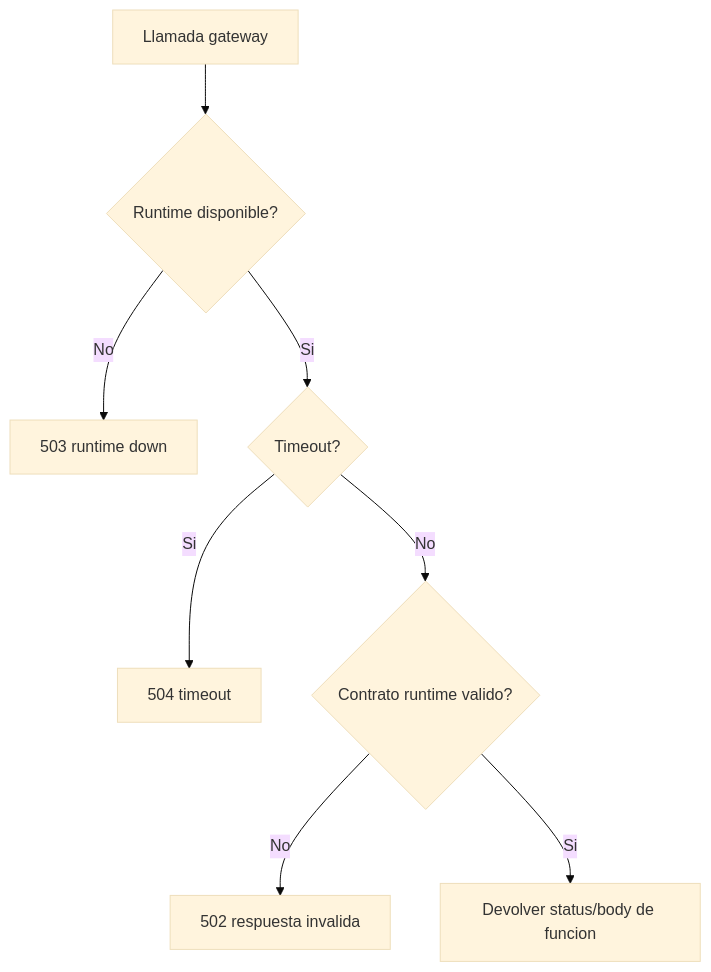
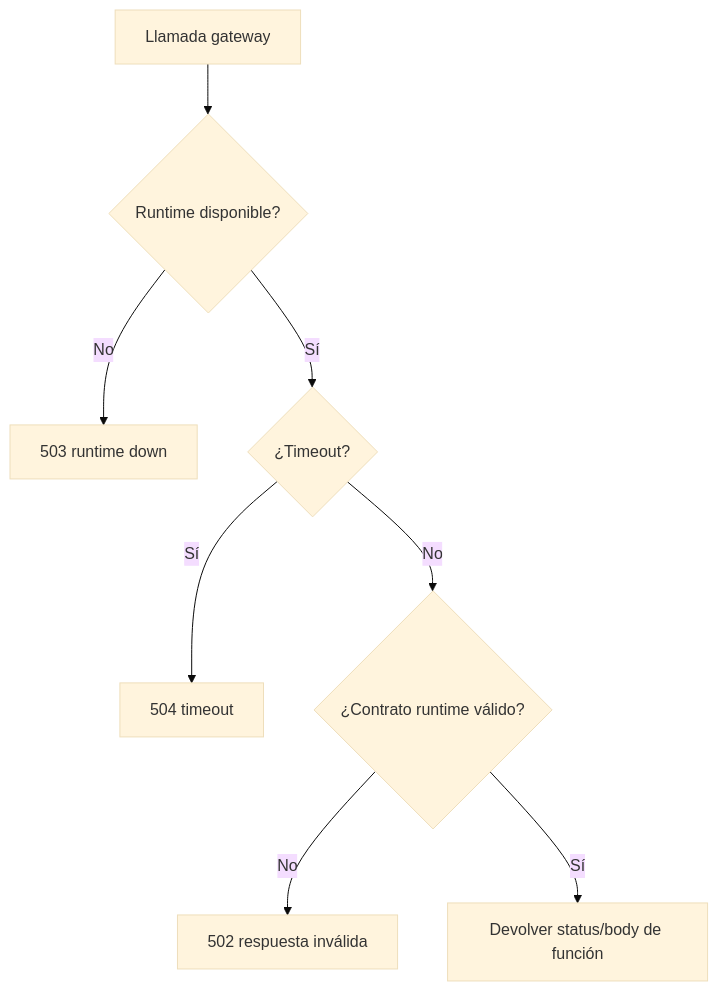
One commit to misaelzapata/fastfn changed the third of 3 diagrams in docs/es/explicacion/flujos-visuales.md. Above: the diagram before and after it, drawn with Mermaid (base theme). The commit also changed other lines of this file and 68 other files, not shown here.

````diff
--- a/docs/es/explicacion/flujos-visuales.md
+++ b/docs/es/explicacion/flujos-visuales.md
@@ -34,10 +34,10 @@
 ```mermaid
 flowchart TD
   A["Llamada gateway"] --> B{"Runtime disponible?"}
   B -- "No" --> C["503 runtime down"]
-  B -- "Si" --> D{"Timeout?"}
-  D -- "Si" --> E["504 timeout"]
-  D -- "No" --> F{"Contrato runtime valido?"}
-  F -- "No" --> G["502 respuesta invalida"]
-  F -- "Si" --> H["Devolver status/body de funcion"]
+  B -- "Sí" --> D{"¿Timeout?"}
+  D -- "Sí" --> E["504 timeout"]
+  D -- "No" --> F{"¿Contrato runtime válido?"}
+  F -- "No" --> G["502 respuesta inválida"]
+  F -- "Sí" --> H["Devolver status/body de función"]
 ```
````
